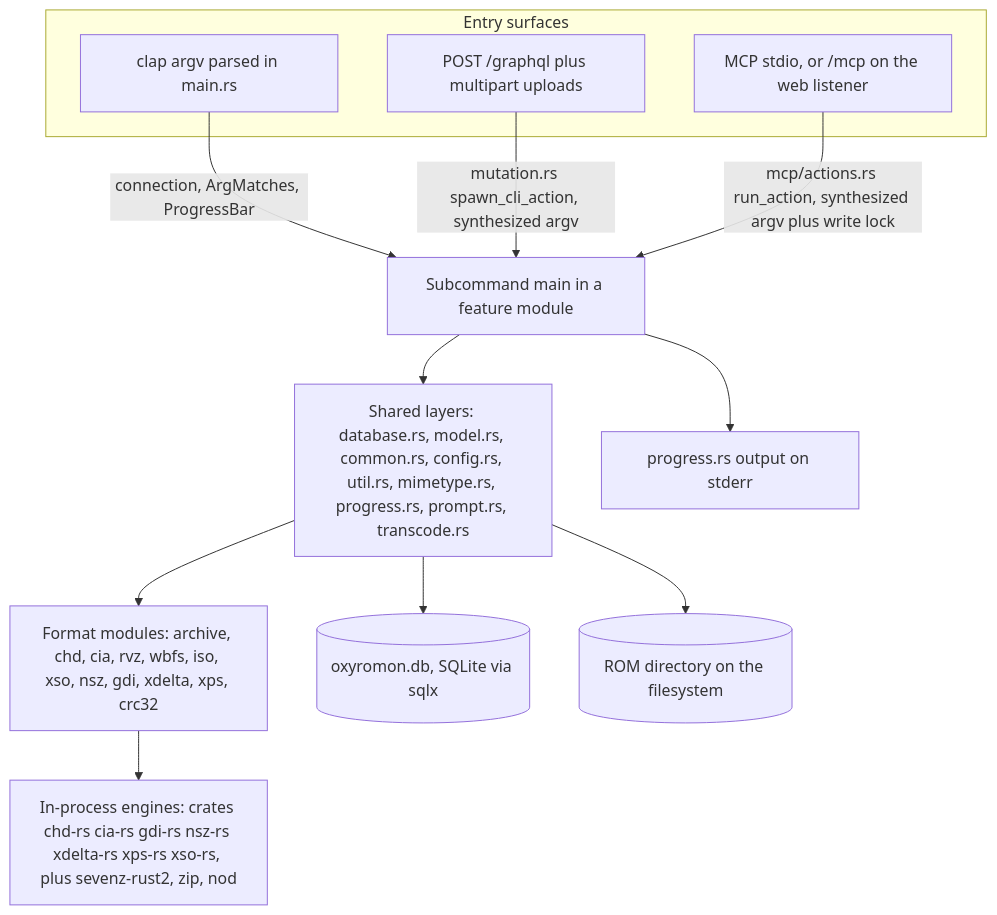
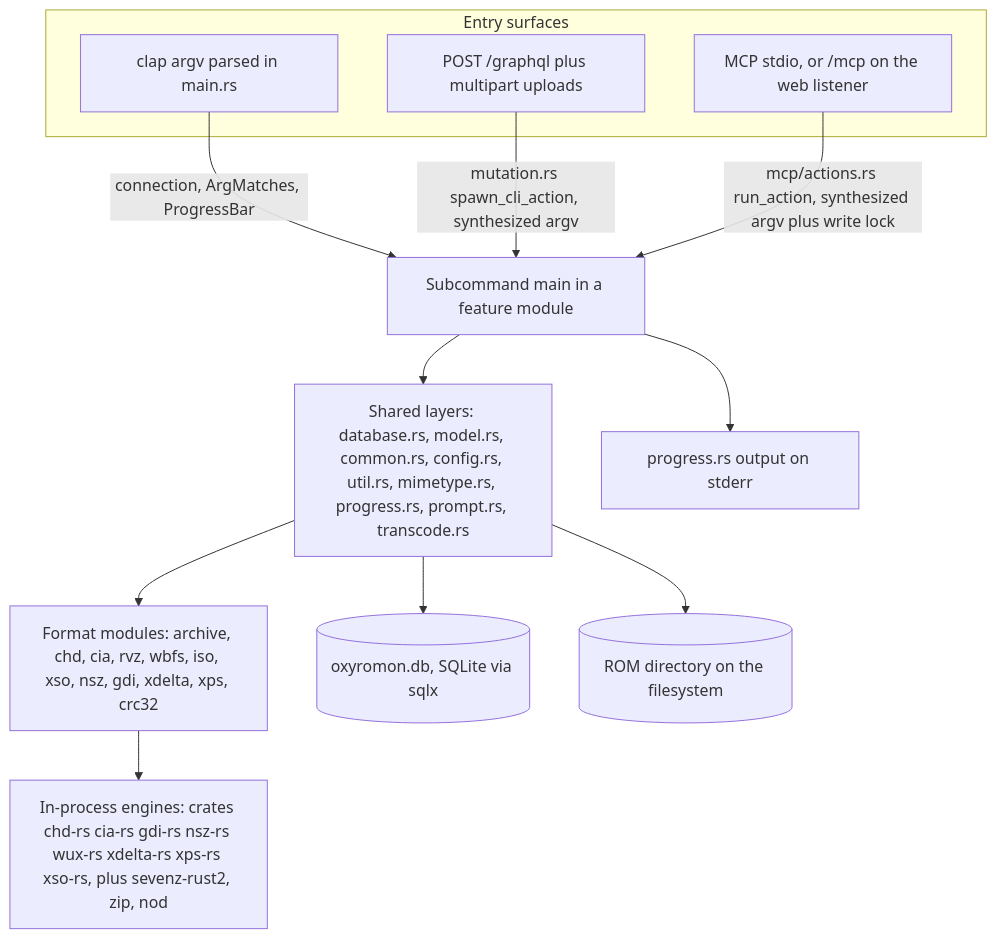
One commit to alucryd/oxyromon changed the first of 2 diagrams in openwiki/architecture/overview.md. Above: the diagram before and after it, drawn with Mermaid. The commit also changed other lines of this file and 166 other files, not shown here.

````diff
--- a/openwiki/architecture/overview.md
+++ b/openwiki/architecture/overview.md
@@ -99,19 +101,19 @@
 ```mermaid
 flowchart TD
   subgraph SURFACES["Entry surfaces"]
     CLI["clap argv parsed in main.rs"]
     GQL["POST /graphql plus multipart uploads"]
     MCPC["MCP stdio, or /mcp on the web listener"]
   end
 
   CLI -->|"connection, ArgMatches, ProgressBar"| SUB["Subcommand main in a feature module"]
   GQL -->|"mutation.rs spawn_cli_action, synthesized argv"| SUB
   MCPC -->|"mcp/actions.rs run_action, synthesized argv plus write lock"| SUB
 
   SUB --> SHARED["Shared layers: database.rs, model.rs, common.rs, config.rs, util.rs, mimetype.rs, progress.rs, prompt.rs, transcode.rs"]
   SHARED --> FMT["Format modules: archive, chd, cia, rvz, wbfs, iso, xso, nsz, gdi, xdelta, xps, crc32"]
-  FMT --> CRATES["In-process engines: crates chd-rs cia-rs gdi-rs nsz-rs xdelta-rs xps-rs xso-rs, plus sevenz-rust2, zip, nod"]
+  FMT --> CRATES["In-process engines: crates chd-rs cia-rs gdi-rs nsz-rs wux-rs xdelta-rs xps-rs xso-rs, plus sevenz-rust2, zip, nod"]
   SHARED --> SQLITE[("oxyromon.db, SQLite via sqlx")]
   SHARED --> DISK[("ROM directory on the filesystem")]
   SUB --> PROG["progress.rs output on stderr"]
 ```
````
